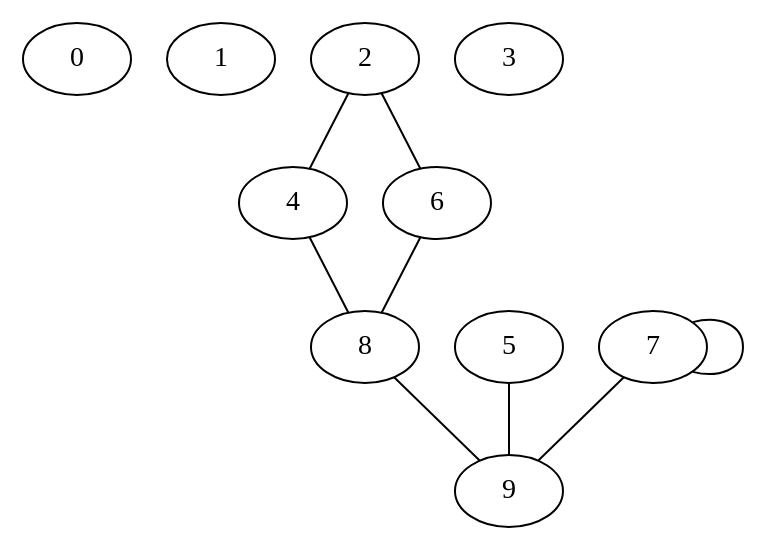
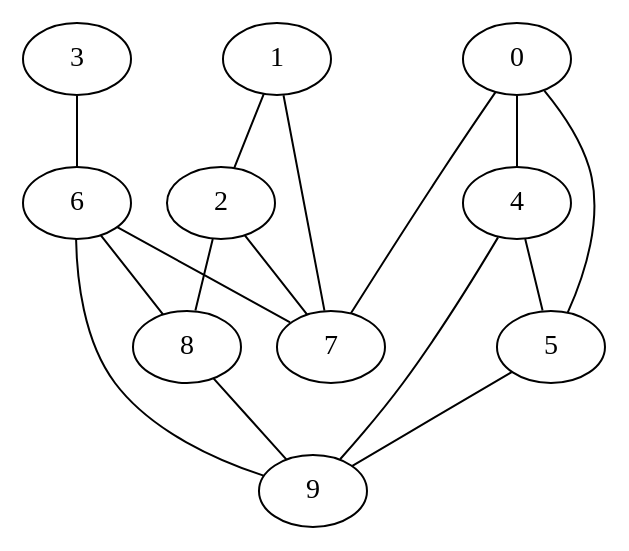
One commit to LilianHERTEL/Labyrinthe-parcours-en-C changed the diagram in compo_connexes/graphviz/exempleCouplesGraphe.dot. Above: the diagram before and after it, drawn with Graphviz. The commit also changed 7 other files, not shown here.

```diff
--- a/compo_connexes/graphviz/exempleCouplesGraphe.dot
+++ b/compo_connexes/graphviz/exempleCouplesGraphe.dot
@@ -1,42 +1,49 @@
 graph exempleCouplesGraphe {
-	graph [bb="0,0,360,252"];
+	graph [bb="0,0,291,252"];
 	node [label="\N"];
 	0	 [height=0.5,
+		pos="247,234",
+		width=0.75];
+	4	 [height=0.5,
+		pos="247,162",
+		width=0.75];
+	0 -- 4	 [pos="247,215.83 247,205 247,191.29 247,180.41"];
+	5	 [height=0.5,
+		pos="264,90",
+		width=0.75];
+	0 -- 5	 [pos="261.12,218.28 269.25,208.15 278.69,194.23 283,180 290.54,155.09 280.78,125.41 272.69,107.14"];
+	7	 [height=0.5,
+		pos="154,90",
+		width=0.75];
+	0 -- 7	 [pos="235.87,217.52 228.71,206.86 219.23,192.66 211,180 194.47,154.57 175.73,124.78 164.39,106.66"];
+	1	 [height=0.5,
+		pos="127,234",
+		width=0.75];
+	2	 [height=0.5,
+		pos="99,162",
+		width=0.75];
+	1 -- 2	 [pos="120.22,216.57 115.85,205.33 110.19,190.77 105.81,179.52"];
+	1 -- 7	 [pos="130.36,216.05 135.54,188.46 145.39,135.9 150.59,108.17"];
+	2 -- 7	 [pos="111.48,145.66 120.48,133.88 132.58,118.04 141.57,106.27"];
+	8	 [height=0.5,
+		pos="82,90",
+		width=0.75];
+	2 -- 8	 [pos="94.798,144.2 92.182,133.13 88.83,118.93 86.213,107.84"];
+	3	 [height=0.5,
 		pos="27,234",
 		width=0.75];
-	1	 [height=0.5,
-		pos="99,234",
+	6	 [height=0.5,
+		pos="27,162",
 		width=0.75];
-	2	 [height=0.5,
-		pos="171,234",
+	3 -- 6	 [pos="27,215.83 27,205 27,191.29 27,180.41"];
+	4 -- 5	 [pos="251.2,144.2 253.82,133.13 257.17,118.93 259.79,107.84"];
+	9	 [height=0.5,
+		pos="145,18",
 		width=0.75];
-	4	 [height=0.5,
-		pos="135,162",
-		width=0.75];
-	2 -- 4	 [pos="162.29,216.57 156.63,205.25 149.28,190.56 143.63,179.27"];
-	6	 [height=0.5,
-		pos="207,162",
-		width=0.75];
-	2 -- 6	 [pos="179.71,216.57 185.37,205.25 192.72,190.56 198.37,179.27"];
-	3	 [height=0.5,
-		pos="243,234",
-		width=0.75];
-	8	 [height=0.5,
-		pos="171,90",
-		width=0.75];
-	4 -- 8	 [pos="143.71,144.57 149.37,133.25 156.72,118.56 162.37,107.27"];
-	5	 [height=0.5,
-		pos="243,90",
-		width=0.75];
-	9	 [height=0.5,
-		pos="243,18",
-		width=0.75];
-	5 -- 9	 [pos="243,71.831 243,61 243,47.288 243,36.413"];
-	6 -- 8	 [pos="198.29,144.57 192.63,133.25 185.28,118.56 179.63,107.27"];
-	7	 [height=0.5,
-		pos="315,90",
-		width=0.75];
-	7 -- 7	 [pos="334.9,102.43 347.69,105.68 360,101.53 360,90 360,78.469 347.69,74.325 334.9,77.568"];
-	7 -- 9	 [pos="299.73,74.731 287.51,62.512 270.46,45.46 258.25,33.247"];
-	8 -- 9	 [pos="186.27,74.731 198.49,62.512 215.54,45.46 227.75,33.247"];
+	4 -- 9	 [pos="237.13,144.98 226.23,126.56 207.86,96.515 190,72 180.23,58.586 168.14,44.184 158.95,33.63"];
+	5 -- 9	 [pos="243.81,77.786 221.93,64.546 187.21,43.537 165.29,30.274"];
+	6 -- 7	 [pos="47.687,150.27 71.304,136.88 109.71,115.11 133.32,101.72"];
+	6 -- 8	 [pos="39.48,145.66 48.481,133.88 60.579,118.04 69.569,106.27"];
+	6 -- 9	 [pos="26.533,143.98 26.924,124.42 30.269,93.139 46,72 64.233,47.498 97.007,32.806 119.83,25.066"];
+	8 -- 9	 [pos="95.67,74.377 106.24,62.3 120.8,45.662 131.36,33.592"];
 }
```
